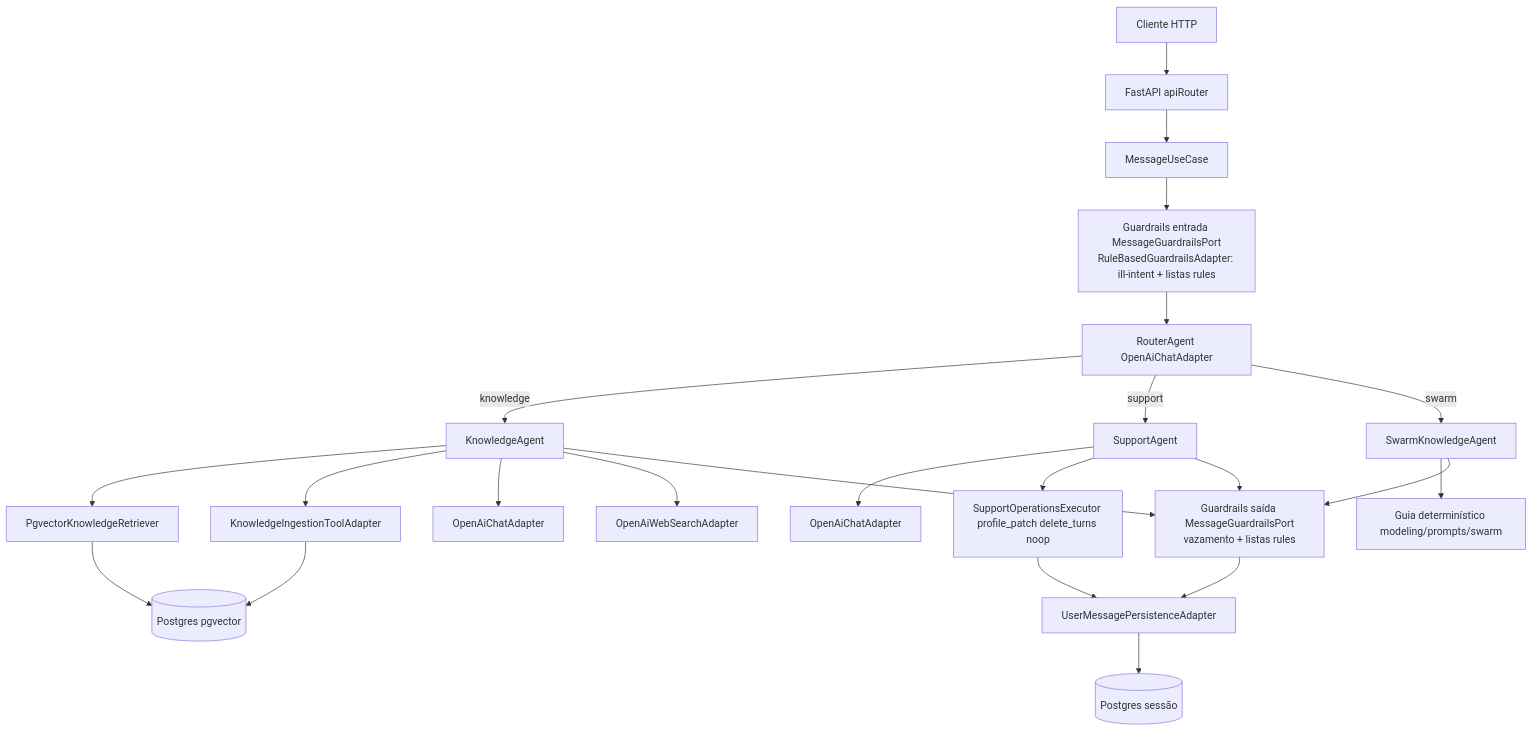
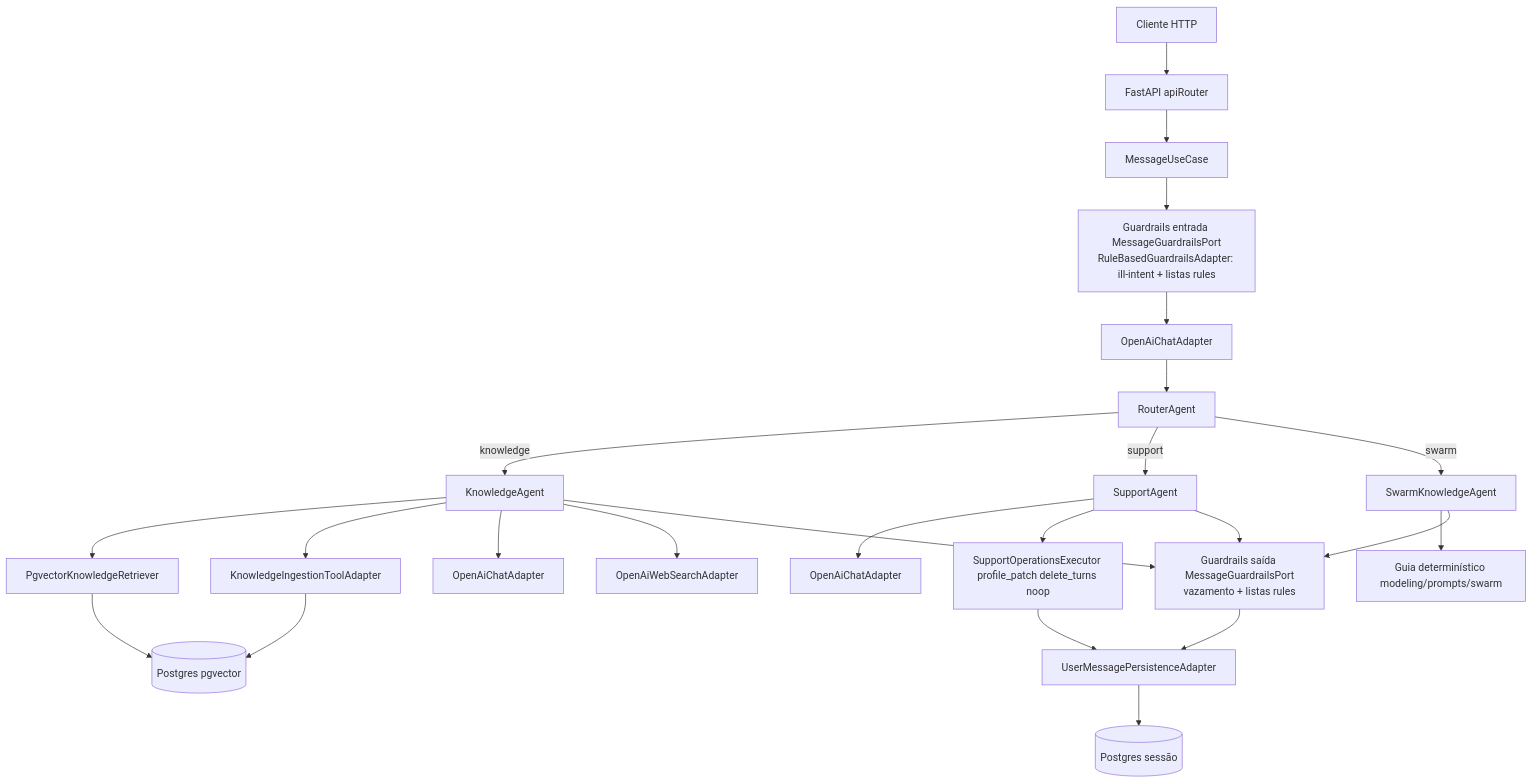
Before and after one commit to P-ASilva/Agent-Swarm-Backend: the diagram in README.md, drawn with Mermaid.

Commit message:
Update diagram references in README.md

````diff
--- a/README.md
+++ b/README.md
@@ -7,35 +7,35 @@
 ```mermaid
 flowchart TD
   Client[Cliente HTTP] --> API[FastAPI apiRouter]
   API --> UC[MessageUseCase]
 
   UC --> GRin["Guardrails entrada MessageGuardrailsPort<br/>RuleBasedGuardrailsAdapter: ill-intent + listas rules"]
-  GRin --> R[RouterAgent OpenAiChatAdapter]
-
+  GRin --> O[OpenAiChatAdapter]
+  O --> R[RouterAgent]
   R -->|knowledge| K[KnowledgeAgent]
   R -->|support| S[SupportAgent]
   R -->|swarm| SW[SwarmKnowledgeAgent]
 
   K --> RET[PgvectorKnowledgeRetriever]
   K --> ING[KnowledgeIngestionToolAdapter]
   K --> KCHAT[OpenAiChatAdapter]
   K --> WEB[OpenAiWebSearchAdapter]
 
   S --> SCHAT[OpenAiChatAdapter]
   S --> EX["SupportOperationsExecutor profile_patch delete_turns noop"]
 
   SW --> SWP["Guia determinístico modeling/prompts/swarm"]
 
   RET --> RAG[(Postgres pgvector)]
   ING --> RAG
 
   EX --> PERM[UserMessagePersistenceAdapter]
 
   K --> GRout["Guardrails saída MessageGuardrailsPort<br/>vazamento + listas rules"]
   S --> GRout
   SW --> GRout
 
   GRout --> PERM
 
   PERM --> SESS[(Postgres sessão)]
 ```
````
